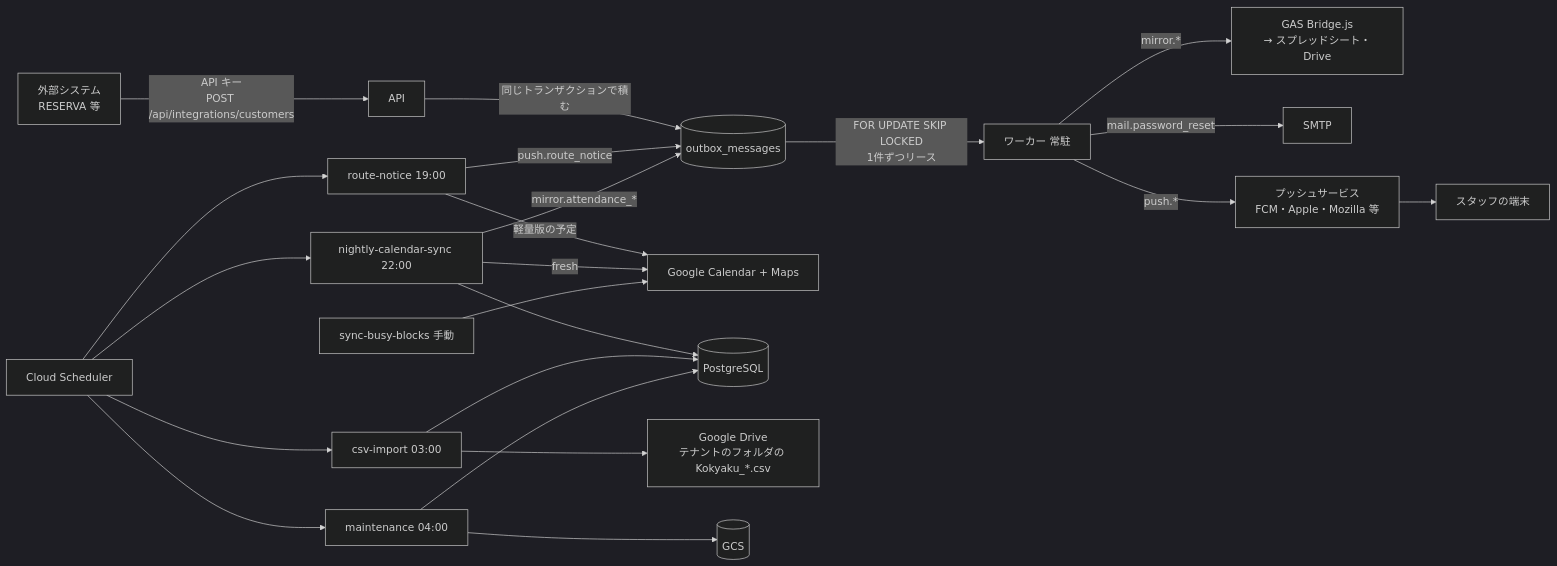
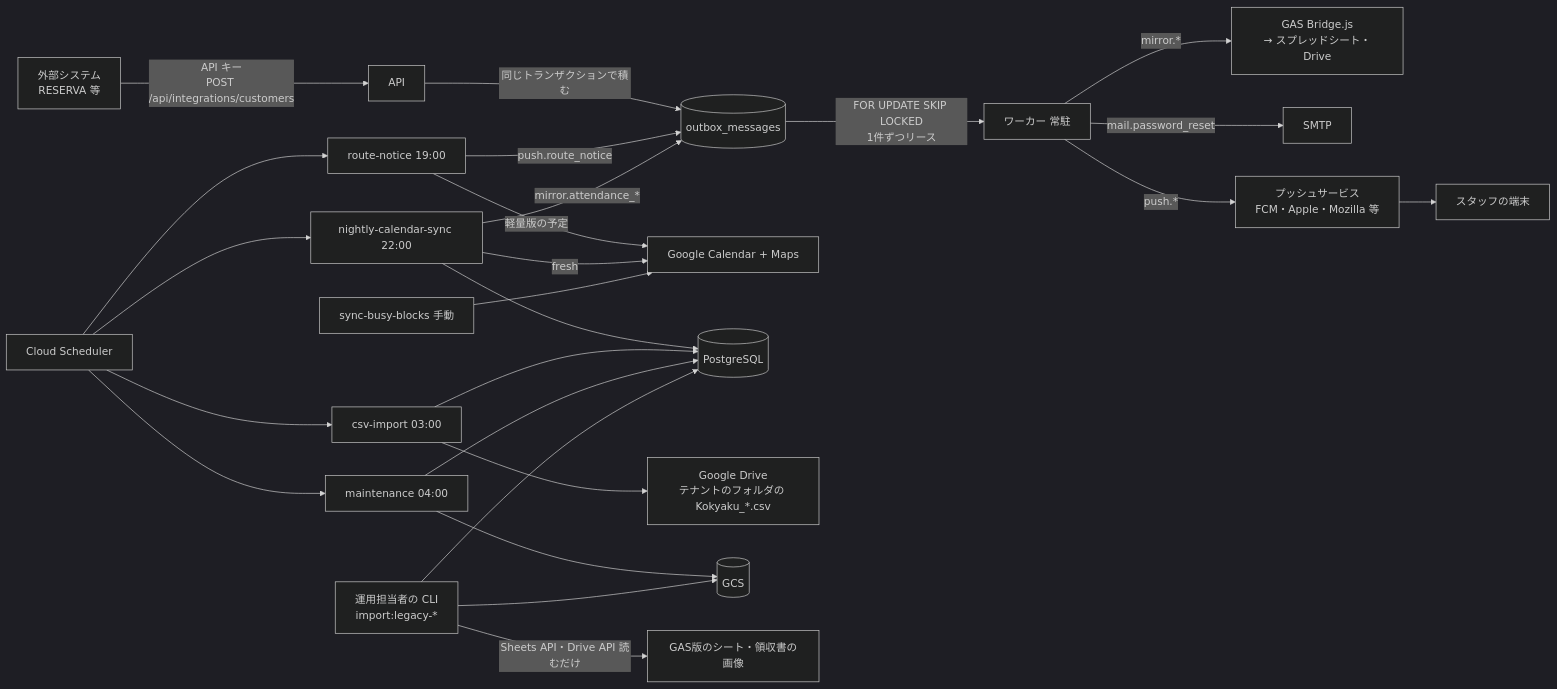
The first of 3 diagrams in doc/05_バッチ・外部連携.md (katahimo-dev/katahimo-app), drawn with Mermaid (dark theme) before and after one commit. The commit also changed other lines of this file and 10 other files, not shown here.

````diff
--- a/doc/05_バッチ・外部連携.md
+++ b/doc/05_バッチ・外部連携.md
@@ -15,23 +16,26 @@
 ```mermaid
 flowchart LR
   ext[外部システム<br/>RESERVA 等] -->|API キー<br/>POST /api/integrations/customers| api
   api[API] -->|同じトランザクションで積む| outbox[(outbox_messages)]
   outbox -->|FOR UPDATE SKIP LOCKED<br/>1件ずつリース| worker[ワーカー 常駐]
   worker -->|mirror.*| bridge[GAS Bridge.js<br/>→ スプレッドシート・Drive]
   worker -->|mail.password_reset| smtp[SMTP]
   worker -->|push.*| pushsvc[プッシュサービス<br/>FCM・Apple・Mozilla 等] --> device[スタッフの端末]
   sched[Cloud Scheduler] --> j0[route-notice 19:00]
   j0 -->|軽量版の予定| cal
   j0 -->|push.route_notice| outbox
   sched --> j1[nightly-calendar-sync 22:00]
   sched --> j2[csv-import 03:00]
   sched --> j3[maintenance 04:00]
   j1 -->|fresh| cal[Google Calendar + Maps]
   j1 --> db[(PostgreSQL)]
   j1 -->|mirror.attendance_*| outbox
   j2 --> drive[Google Drive<br/>テナントのフォルダの Kokyaku_*.csv]
   j2 --> db
   j3 --> db
   j3 --> gcs[(GCS)]
   j4[sync-busy-blocks 手動] --> cal
+  cli[運用担当者の CLI<br/>import:legacy-*] -->|Sheets API・Drive API 読むだけ| sheets[GAS版のシート・領収書の画像]
+  cli --> db
+  cli --> gcs
 ```
````
